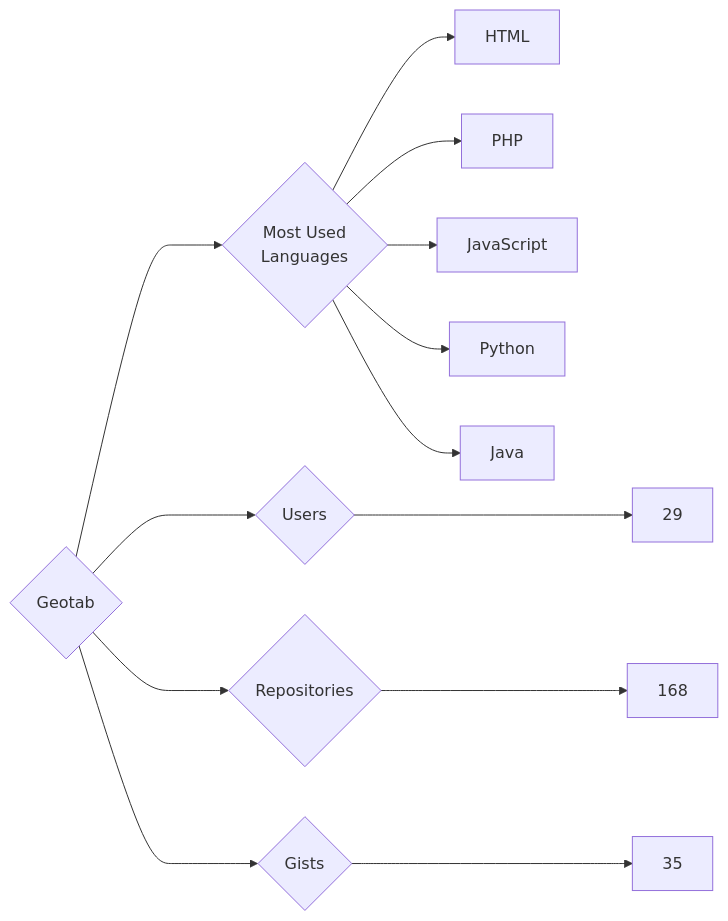
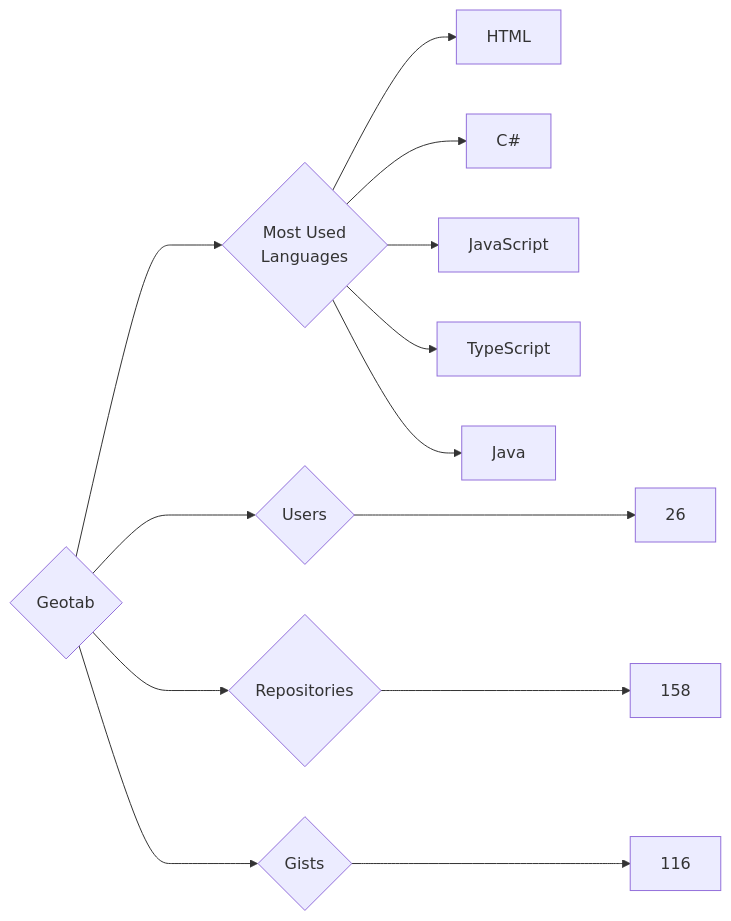
The diagram in targets/Geotab/README.md (trickest/insiders), drawn with Mermaid before and after one commit. The commit also changed 723 other files, not shown here.

````diff
--- a/targets/Geotab/README.md
+++ b/targets/Geotab/README.md
@@ -3,13 +3,13 @@
 ```mermaid
 graph LR
 COMPANY_NAME{Geotab}
-COMPANY_NAME ---> U{Users} ---> UN[29]
-COMPANY_NAME ---> R{Repositories} ---> RN[168]
-COMPANY_NAME ---> G{Gists} ---> GN[35]
+COMPANY_NAME ---> U{Users} ---> UN[26]
+COMPANY_NAME ---> R{Repositories} ---> RN[158]
+COMPANY_NAME ---> G{Gists} ---> GN[116]
 COMPANY_NAME ---> ML{Most Used<br>Languages}
 ML --> HTML[HTML]
-ML --> PHP[PHP]
+ML --> C#[C#]
 ML --> JavaScript[JavaScript]
-ML --> Python[Python]
+ML --> TypeScript[TypeScript]
 ML --> Java[Java]
 ```
````
